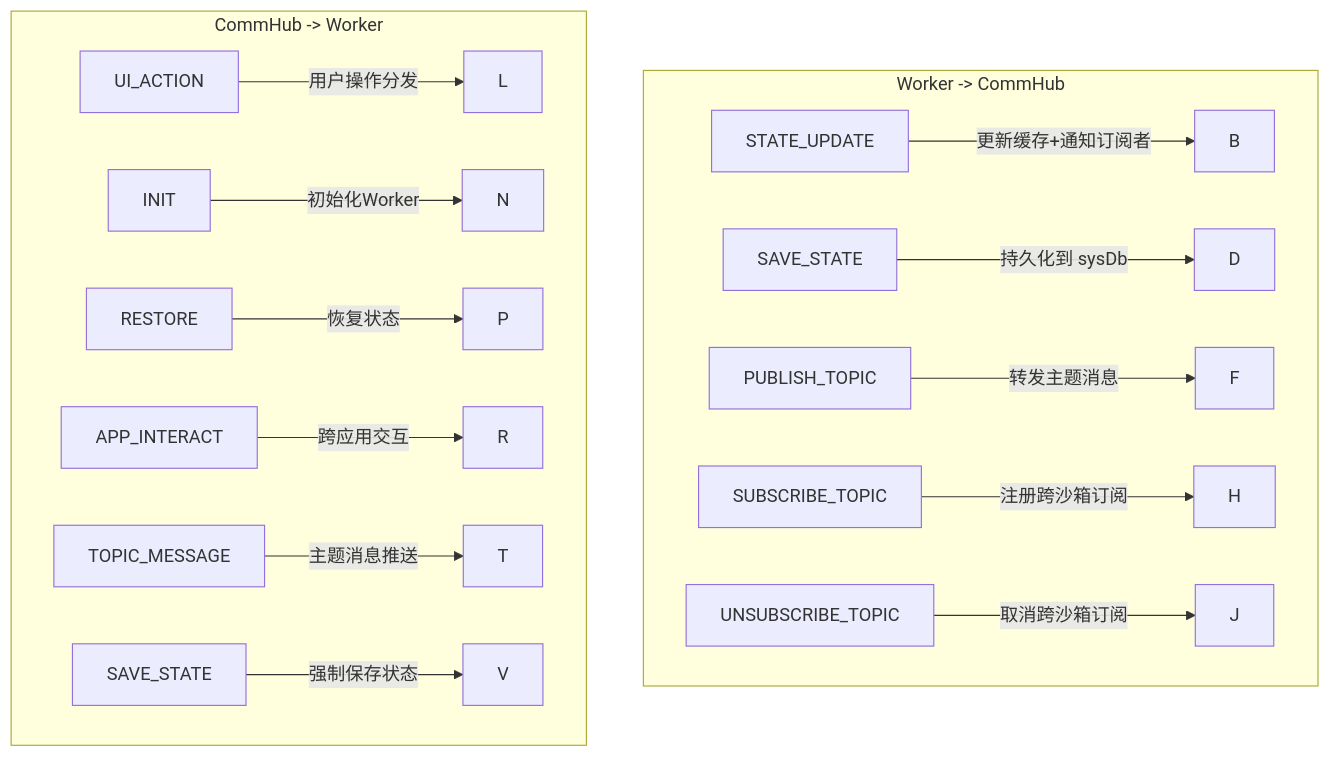
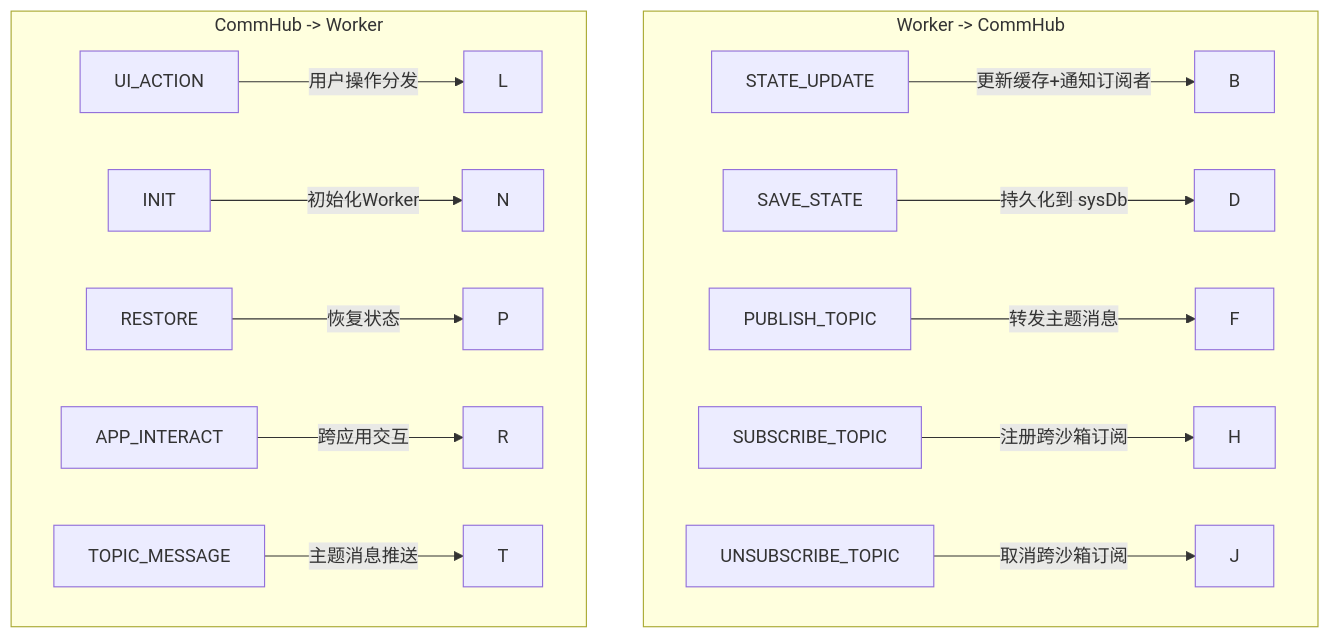
One commit to suluwanqing/sukinOS changed the fourth of 14 diagrams in docs/module/04-process-kernel.md. Above: the diagram before and after it, drawn with Mermaid. The commit also changed other lines of this file and 70 other files, not shown here.

````diff
--- a/docs/module/04-process-kernel.md
+++ b/docs/module/04-process-kernel.md
@@ -290,20 +290,19 @@
 ```mermaid
 graph TD
 subgraph Worker_To_CommHub["Worker -> CommHub"]
 A[STATE_UPDATE] -->|更新缓存+通知订阅者| B
 C[SAVE_STATE] -->|持久化到 sysDb| D
 E[PUBLISH_TOPIC] -->|转发主题消息| F
 G[SUBSCRIBE_TOPIC] -->|注册跨沙箱订阅| H
 I[UNSUBSCRIBE_TOPIC] -->|取消跨沙箱订阅| J
 end
 
     subgraph CommHub_To_Worker["CommHub -> Worker"]
         K[UI_ACTION] -->|用户操作分发| L
         M[INIT] -->|初始化Worker| N
         O[RESTORE] -->|恢复状态| P
         Q[APP_INTERACT] -->|跨应用交互| R
         S[TOPIC_MESSAGE] -->|主题消息推送| T
-        U[SAVE_STATE] -->|强制保存状态| V
     end
 
 ```
````
